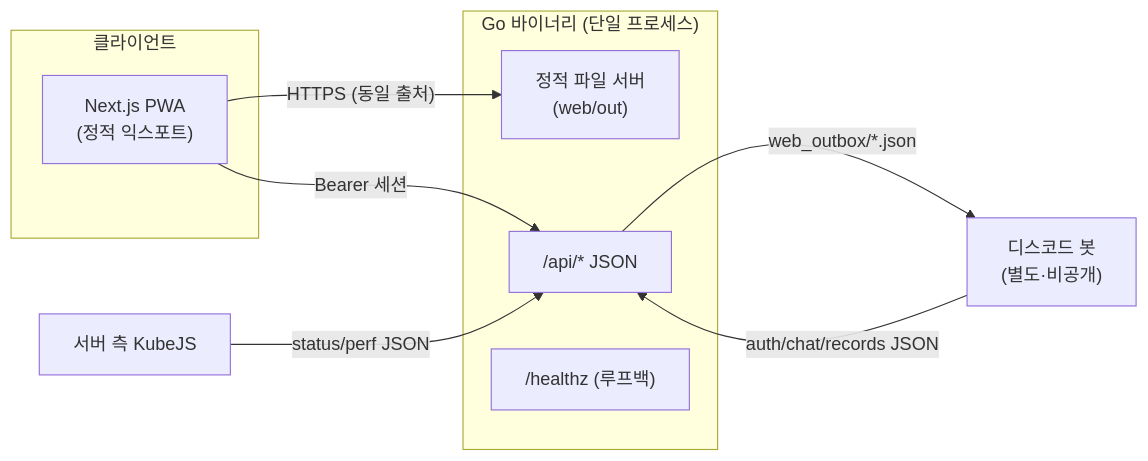
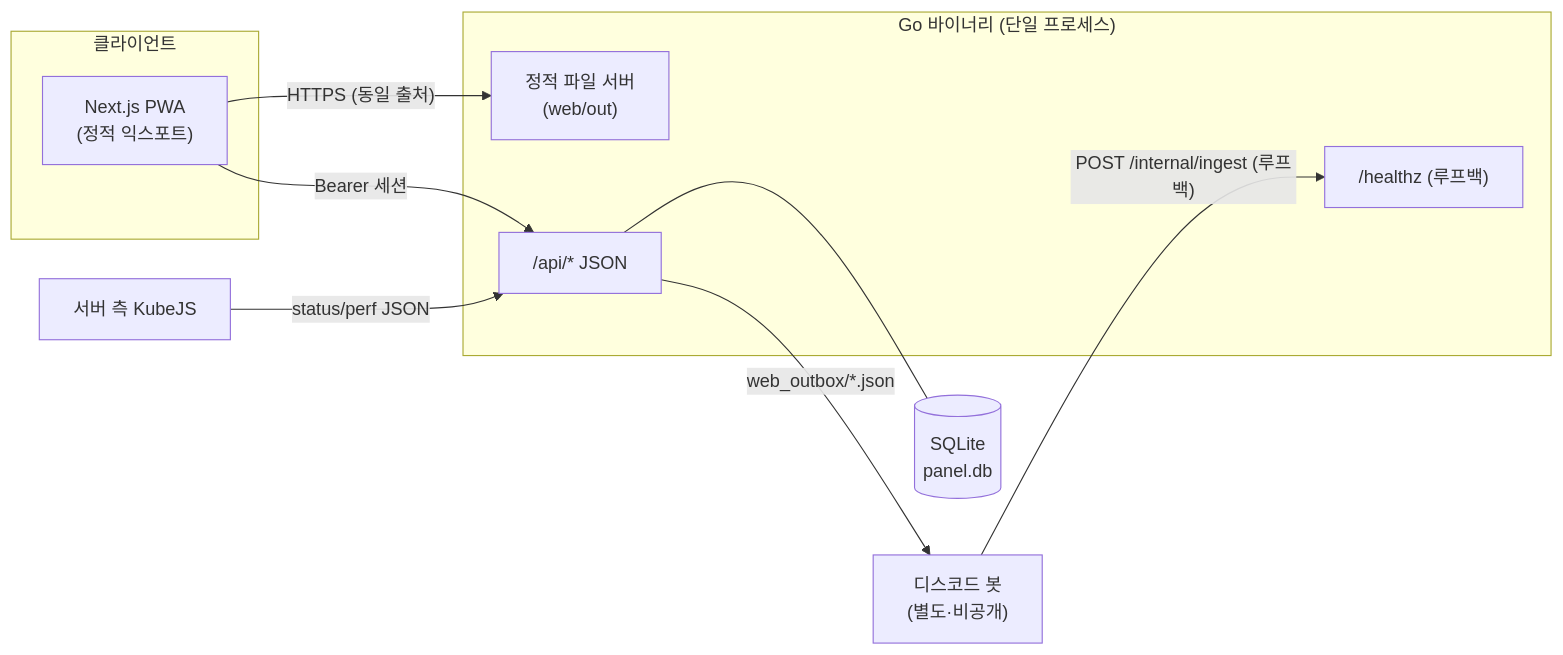
The diagram in README.md (Kim-Geonwoo/mc-panel-pwa), drawn with Mermaid before and after one commit. The commit also changed other lines of this file and 4 other files, not shown here.

````diff
--- a/README.md
+++ b/README.md
@@ -33,19 +33,21 @@
 ```mermaid
 flowchart LR
   subgraph Client[클라이언트]
     PWA["Next.js PWA<br/>(정적 익스포트)"]
   end
   subgraph Backend["Go 바이너리 (단일 프로세스)"]
     Static["정적 파일 서버<br/>(web/out)"]
     API["/api/* JSON"]
     Health["/healthz (루프백)"]
   end
   Bot["디스코드 봇<br/>(별도·비공개)"]
   KubeJS["서버 측 KubeJS"]
+  DB[("SQLite<br/>panel.db")]
 
   PWA -- "HTTPS (동일 출처)" --> Static
   PWA -- "Bearer 세션" --> API
-  Bot -- "auth/chat/records JSON" --> API
+  API --- DB
+  Bot -- "POST /internal/ingest (루프백)" --> Health
   KubeJS -- "status/perf JSON" --> API
   API -- "web_outbox/*.json" --> Bot
 ```
````
